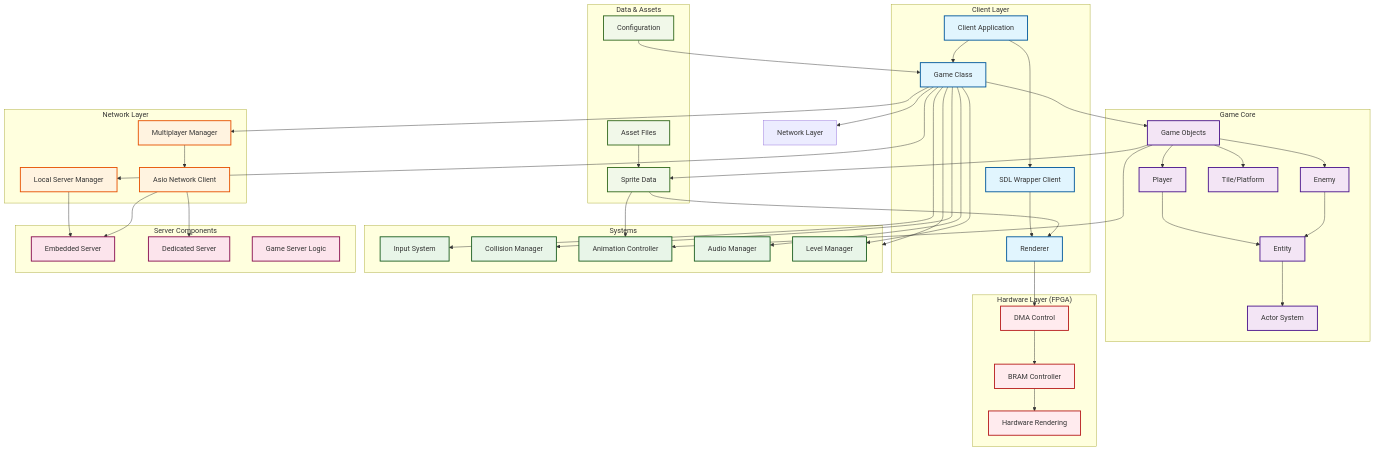
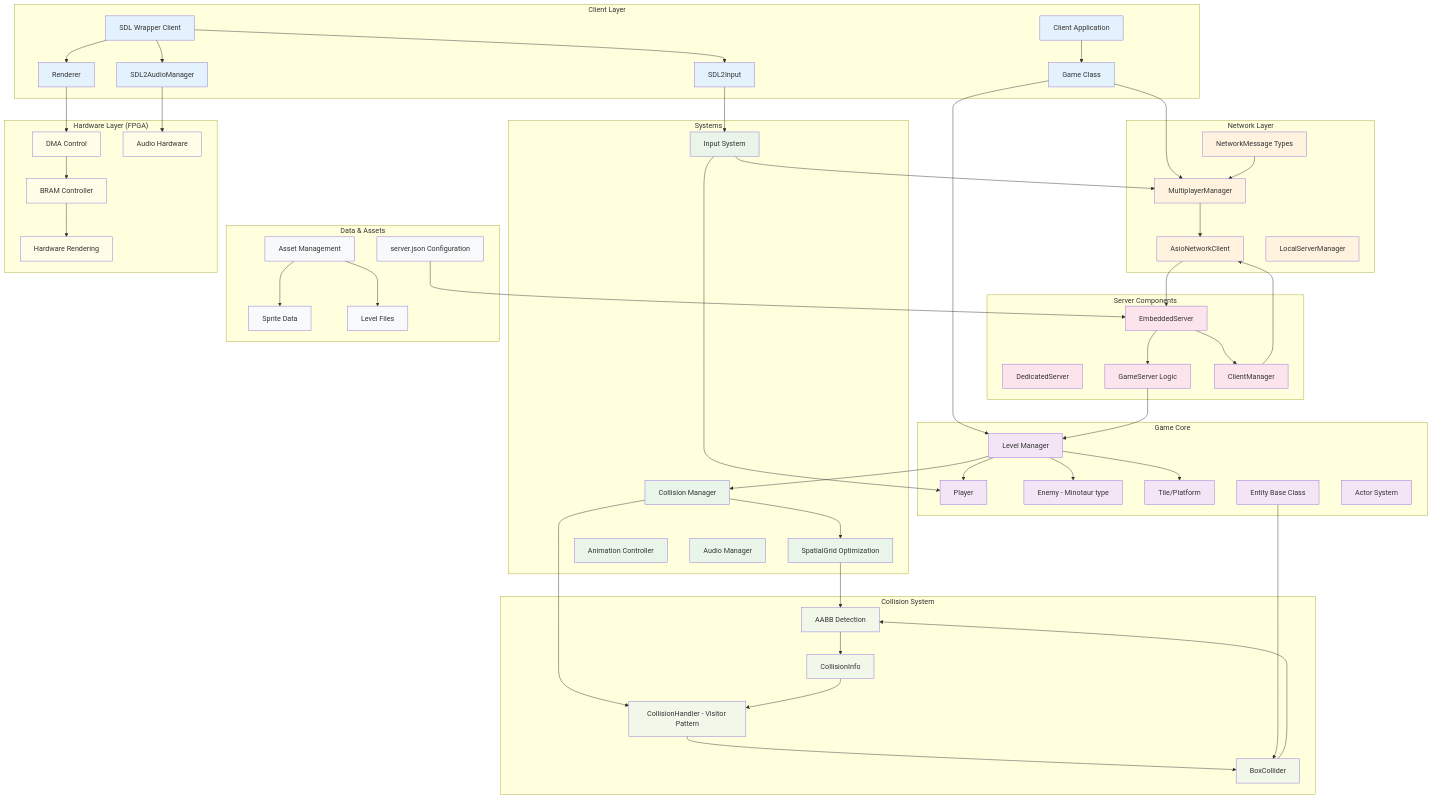
Before and after one commit to dinordi/SagaOfSacrifice2: the diagram in docs/architecture_overview.mmd, drawn with Mermaid. The commit also changed 4 other files, not shown here.

Commit message:
Add architecture and system overview documentation with detailed diagrams

```diff
--- a/docs/architecture_overview.mmd
+++ b/docs/architecture_overview.mmd
@@ -1,109 +1,133 @@
 flowchart TD
-    %% Main Components
+    %% SagaOfSacrifice2 Actual System Architecture
+    
     subgraph "Client Layer"
         Client[Client Application]
         Game[Game Class]
         SDL[SDL Wrapper Client]
         Renderer[Renderer]
+        Input[SDL2Input]
+        Audio[SDL2AudioManager]
     end
 
     subgraph "Game Core"
-        Objects[Game Objects]
         Player[Player]
-        Enemy[Enemy]
+        Enemy[Enemy - Minotaur type]
         Tile[Tile/Platform]
-        Entity[Entity]
+        Entity[Entity Base Class]
         Actor[Actor System]
+        Level[Level Manager]
     end
 
     subgraph "Systems"
-        Input[Input System]
-        Collision[Collision Manager]
-        Animation[Animation Controller]
-        Audio[Audio Manager]
-        Level[Level Manager]
+        InputSys[Input System]
+        CollisionMgr[Collision Manager]
+        SpatialGrid[SpatialGrid Optimization]
+        AnimationCtrl[Animation Controller]
+        AudioMgr[Audio Manager]
     end
 
     subgraph "Network Layer"
-        MultiplayerManager[Multiplayer Manager]
-        NetworkClient[Asio Network Client]
-        LocalServerManager[Local Server Manager]
+        MultiplayerMgr[MultiplayerManager]
+        AsioClient[AsioNetworkClient]
+        LocalServerMgr[LocalServerManager]
+        NetworkMsg[NetworkMessage Types]
     end
 
     subgraph "Server Components"
-        EmbeddedServer[Embedded Server]
-        DedicatedServer[Dedicated Server]
-        GameServer[Game Server Logic]
+        EmbeddedSrv[EmbeddedServer]
+        DedicatedSrv[DedicatedServer]
+        GameSrvLogic[GameServer Logic]
+        ClientMgr[ClientManager]
+    end
+
+    subgraph "Collision System"
+        CollisionHandler[CollisionHandler - Visitor Pattern]
+        BoxCollider[BoxCollider]
+        CollisionInfo[CollisionInfo]
+        AABB[AABB Detection]
     end
 
     subgraph "Data & Assets"
         SpriteData[Sprite Data]
-        Assets[Asset Files]
-        Config[Configuration]
+        LevelData[Level Files]
+        Config[server.json Configuration]
+        Assets[Asset Management]
     end
 
     subgraph "Hardware Layer (FPGA)"
-        DMAControl[DMA Control]
+        DMACtrl[DMA Control]
         BRAM[BRAM Controller]
-        Hardware[Hardware Rendering]
+        HardwareRender[Hardware Rendering]
+        AudioHW[Audio Hardware]
     end
 
     %% Main Flow Connections
     Client --> Game
-    Client --> SDL
+    Game --> Level
+    Game --> MultiplayerMgr
     SDL --> Renderer
-    Game --> Objects
-    Game --> Systems
-    Game --> NetworkLayer[Network Layer]
-
-    %% Game Objects
-    Objects --> Player
-    Objects --> Enemy  
-    Objects --> Tile
-    Player --> Entity
-    Enemy --> Entity
-    Entity --> Actor
-
-    %% Systems Integration
-    Game --> Input
-    Game --> Collision
-    Game --> Audio
-    Game --> Level
-    Objects --> Animation
-    Objects --> SpriteData
-
-    %% Network Connections
-    MultiplayerManager --> NetworkClient
-    Game --> MultiplayerManager
-    Game --> LocalServerManager
-    LocalServerManager --> EmbeddedServer
-    NetworkClient --> EmbeddedServer
-    NetworkClient --> DedicatedServer
-
-    %% Data Flow
+    SDL --> Input
+    SDL --> Audio
+    
+    %% Core Game Flow
+    Level --> Player
+    Level --> Enemy
+    Level --> Tile
+    Level --> CollisionMgr
+    CollisionMgr --> SpatialGrid
+    CollisionMgr --> CollisionHandler
+    CollisionHandler --> BoxCollider
+    BoxCollider --> AABB
+    
+    %% Network Flow
+    MultiplayerMgr --> AsioClient
+    AsioClient --> EmbeddedSrv
+    EmbeddedSrv --> ClientMgr
+    EmbeddedSrv --> GameSrvLogic
+    NetworkMsg --> MultiplayerMgr
+    
+    %% Input Processing
+    Input --> InputSys
+    InputSys --> Player
+    InputSys --> MultiplayerMgr
+    
+    %% Asset Loading
     Assets --> SpriteData
-    Config --> Game
-    SpriteData --> Animation
-    SpriteData --> Renderer
-
-    %% Hardware Integration (Client Only)
-    Renderer --> DMAControl
-    DMAControl --> BRAM
-    BRAM --> Hardware
-
+    Assets --> LevelData
+    Config --> EmbeddedSrv
+    
+    %% Hardware Integration
+    Renderer --> DMACtrl
+    DMACtrl --> BRAM
+    BRAM --> HardwareRender
+    Audio --> AudioHW
+    
+    %% Collision Detection Flow
+    Entity --> BoxCollider
+    SpatialGrid --> AABB
+    AABB --> CollisionInfo
+    CollisionInfo --> CollisionHandler
+    
+    %% Server-Client Communication
+    GameSrvLogic --> Level
+    ClientMgr --> AsioClient
+    
     %% Styling
-    classDef clientStyle fill:#e1f5fe,stroke:#01579b,stroke-width:2px
-    classDef coreStyle fill:#f3e5f5,stroke:#4a148c,stroke-width:2px
-    classDef systemStyle fill:#e8f5e8,stroke:#1b5e20,stroke-width:2px
-    classDef networkStyle fill:#fff3e0,stroke:#e65100,stroke-width:2px
-    classDef serverStyle fill:#fce4ec,stroke:#880e4f,stroke-width:2px
-    classDef dataStyle fill:#f1f8e9,stroke:#33691e,stroke-width:2px
-    classDef hardwareStyle fill:#ffebee,stroke:#b71c1c,stroke-width:2px
-
-    class Client,Game,SDL,Renderer clientStyle
-    class Objects,Player,Enemy,Tile,Entity,Actor coreStyle
-    class Input,Collision,Animation,Audio,Level systemStyle
-    class MultiplayerManager,NetworkClient,LocalServerManager networkStyle
-    class EmbeddedServer,DedicatedServer,GameServer serverStyle
-    class SpriteData,Assets,Config dataStyle
-    class DMAControl,BRAM,Hardware hardwareStyle
+    classDef client fill:#e3f2fd
+    classDef core fill:#f3e5f5
+    classDef systems fill:#e8f5e8
+    classDef network fill:#fff3e0
+    classDef server fill:#fce4ec
+    classDef collision fill:#f1f8e9
+    classDef data fill:#f8f9fa
+    classDef hardware fill:#fffde7
+    
+    class Client,Game,SDL,Renderer,Input,Audio client
+    class Player,Enemy,Tile,Entity,Actor,Level core
+    class InputSys,CollisionMgr,SpatialGrid,AnimationCtrl,AudioMgr systems
+    class MultiplayerMgr,AsioClient,LocalServerMgr,NetworkMsg network
+    class EmbeddedSrv,DedicatedSrv,GameSrvLogic,ClientMgr server
+    class CollisionHandler,BoxCollider,CollisionInfo,AABB collision
+    class SpriteData,LevelData,Config,Assets data
+    class DMACtrl,BRAM,HardwareRender,AudioHW hardware
```
